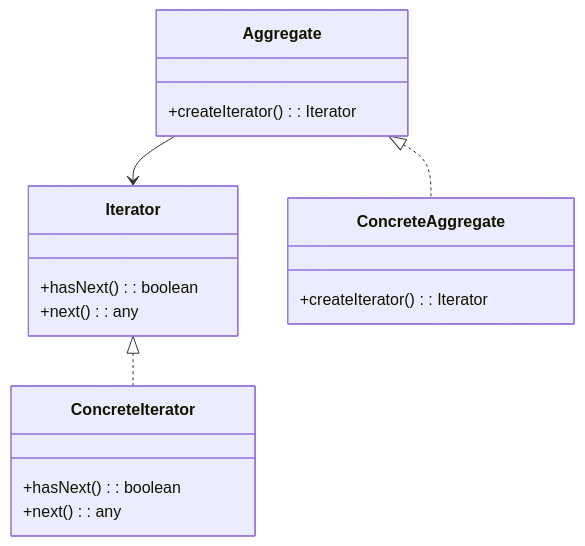
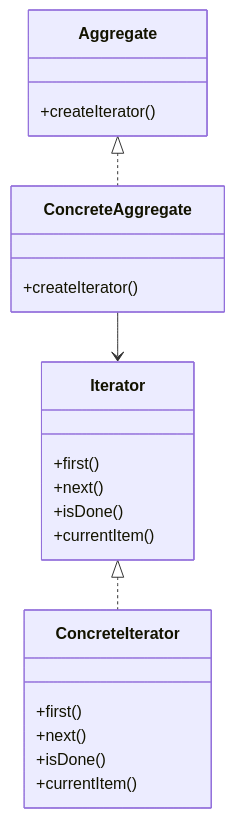
The diagram in md/design_pattern_Iterator.md (skynoid2612/design-patterns-for-clean-architecture), drawn with Mermaid before and after one commit. The commit also changed other lines of this file and 23 other files, not shown here.

````diff
--- a/md/design_pattern_Iterator.md
+++ b/md/design_pattern_Iterator.md
@@ -35,20 +35,24 @@
 ```mermaid
 classDiagram
   class Iterator {
-    +hasNext(): boolean
-    +next(): any
+    +first()
+    +next()
+    +isDone()
+    +currentItem()
+  }
+  class ConcreteIterator {
+    +first()
+    +next()
+    +isDone()
+    +currentItem()
   }
   class Aggregate {
-    +createIterator(): Iterator
-  }
-  class ConcreteIterator {
-    +hasNext(): boolean
-    +next(): any
+    +createIterator()
   }
   class ConcreteAggregate {
-    +createIterator(): Iterator
+    +createIterator()
   }
   Iterator <|.. ConcreteIterator
   Aggregate <|.. ConcreteAggregate
-  Aggregate --> Iterator
+  ConcreteAggregate --> Iterator
 ```
````
